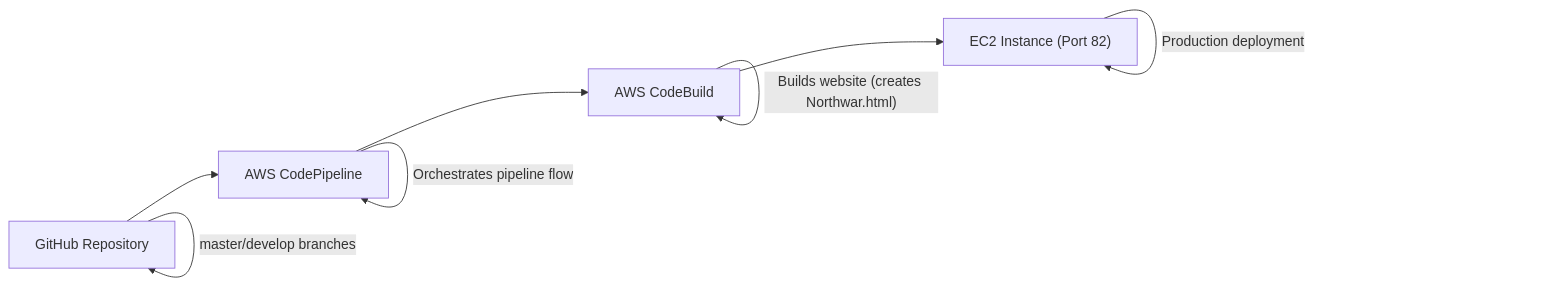
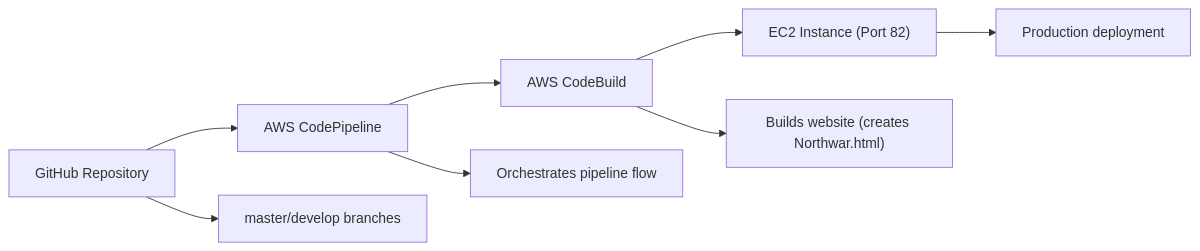
One commit to AdeshYadav8918/Northwar-Pipeline-Project changed the first of 2 diagrams in README.md. Above: the diagram before and after it, drawn with Mermaid.

Commit message:
README.md file updated

````diff
--- a/README.md
+++ b/README.md
@@ -25,11 +25,11 @@
 ```mermaid
 flowchart LR
     A[GitHub Repository] --> B[AWS CodePipeline]
     B --> C[AWS CodeBuild]
     C --> D["EC2 Instance (Port 82)"]
 
-    A -->|master/develop branches|A
-    B -->|Orchestrates pipeline flow|B 
-    C -->|"Builds website (creates Northwar.html)"|C
-    D -->|Production deployment|D
+    A -->A1[master/develop branches]
+    B -->B1[Orchestrates pipeline flow] 
+    C -->C1["Builds website (creates Northwar.html)"]
+    D -->D1[Production deployment]
 ```
````
